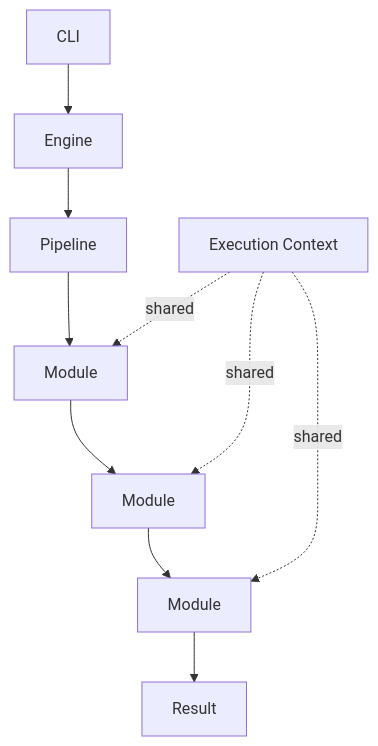
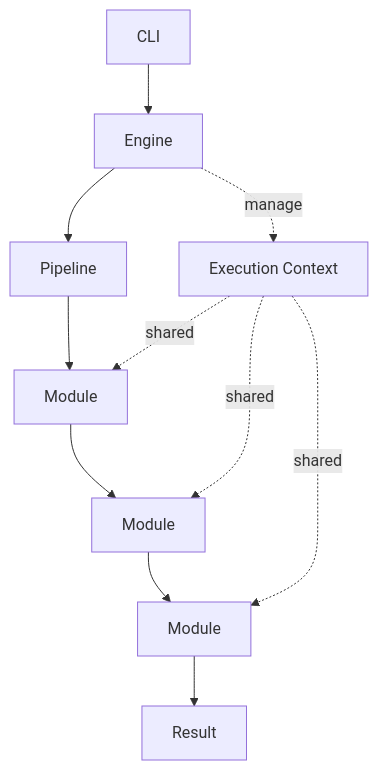
Before and after one commit to komed3/tauron: the first of 2 diagrams in docs/architecture.md, drawn with Mermaid.

````diff
--- a/docs/architecture.md
+++ b/docs/architecture.md
@@ -28,26 +28,27 @@
 ```mermaid
 flowchart TD
   CLI["CLI"]
   Engine["Engine"]
   Pipeline["Pipeline"]
   Context["Execution Context"]
 
   ModuleA["Module"]
   ModuleB["Module"]
   ModuleC["Module"]
 
   Output["Result"]
 
   CLI --> Engine
   Engine --> Pipeline
 
   Pipeline --> ModuleA
   ModuleA --> ModuleB
   ModuleB --> ModuleC
 
+  Engine -. manage .-> Context
   Context -. shared .-> ModuleA
   Context -. shared .-> ModuleB
   Context -. shared .-> ModuleC
 
   ModuleC --> Output
 ```
````
